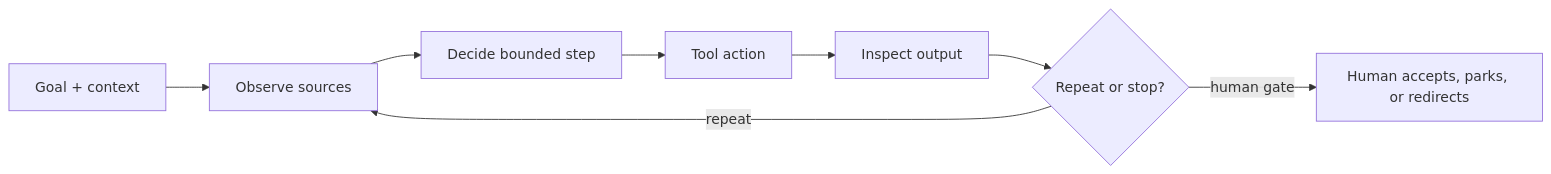
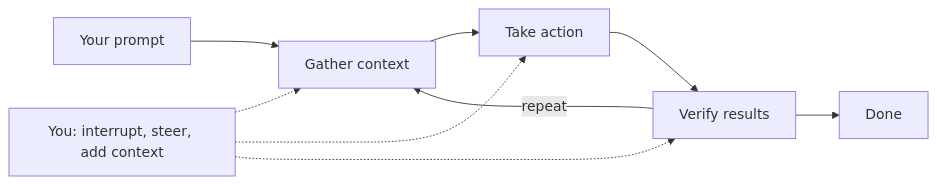
Before and after one commit to RyanLisse/aetherlink-training-template: the diagram in days/day-3.md, drawn with Mermaid. The commit also changed other lines of this file and 5 other files, not shown here.

````diff
--- a/days/day-3.md
+++ b/days/day-3.md
@@ -30,10 +48,11 @@
 ```mermaid
 flowchart LR
-  A[Goal + context] --> B[Observe sources]
-  B --> C[Decide bounded step]
-  C --> D[Tool action]
-  D --> E[Inspect output]
-  E --> F{Repeat or stop?}
-  F -->|repeat| B
-  F -->|human gate| G[Human accepts, parks, or redirects]
+  P[Your prompt] --> G[Gather context]
+  G --> A[Take action]
+  A --> V[Verify results]
+  V -->|repeat| G
+  V --> D[Done]
+  H[You: interrupt, steer, add context] -.-> G
+  H -.-> A
+  H -.-> V
 ```
````
